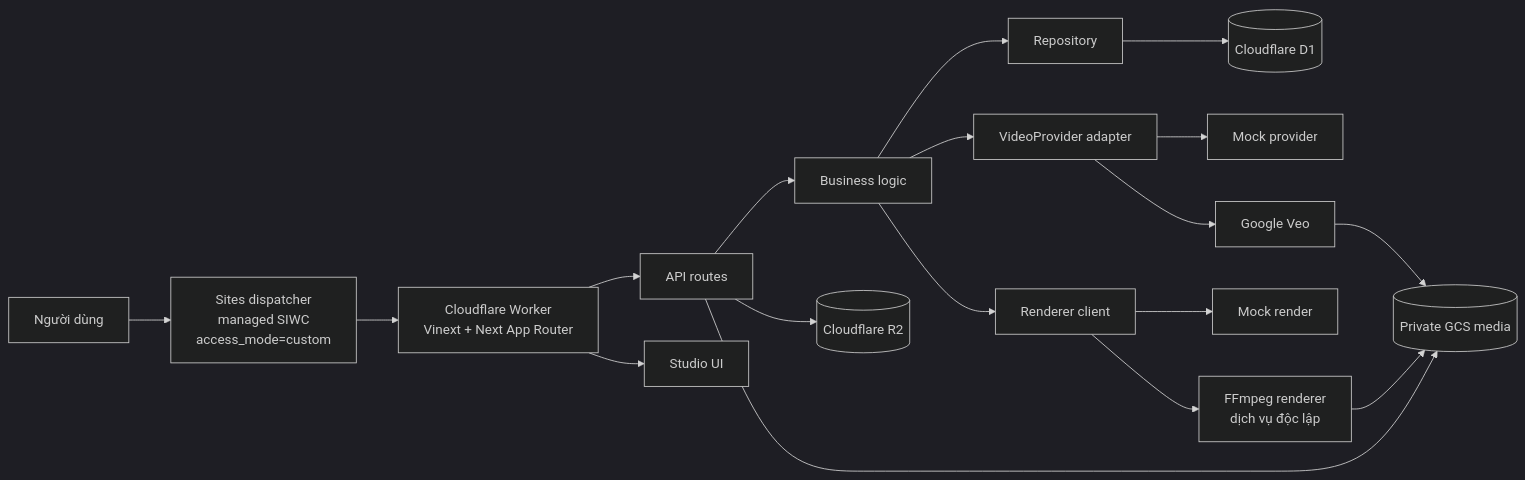
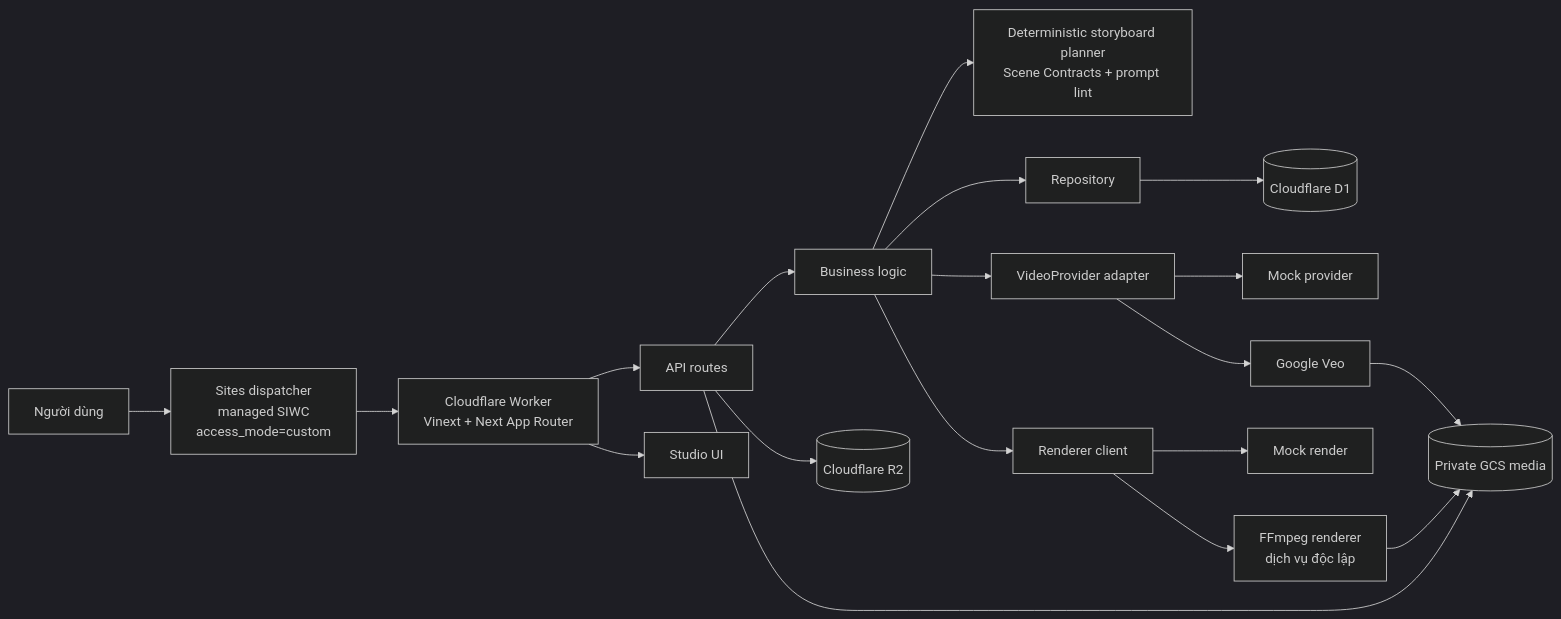
Before and after one commit to hieungrx/SceneFlow-AI-Studio: the first of 2 diagrams in ARCHITECTURE.md, drawn with Mermaid (dark theme). The commit also changed other lines of this file and 22 other files, not shown here.

Commit message:
feat(planning): add versioned scene contracts

````diff
--- a/ARCHITECTURE.md
+++ b/ARCHITECTURE.md
@@ -24,24 +25,25 @@
 ```mermaid
 flowchart LR
   U["Người dùng"] --> SD["Sites dispatcher<br/>managed SIWC<br/>access_mode=custom"]
   SD --> W["Cloudflare Worker<br/>Vinext + Next App Router"]
 
   W --> API["API routes"]
   W --> UI["Studio UI"]
   API --> BL["Business logic"]
+  BL --> PLAN["Deterministic storyboard planner<br/>Scene Contracts + prompt lint"]
   BL --> REPO["Repository"]
   REPO --> D1[("Cloudflare D1")]
   API --> R2[("Cloudflare R2")]
 
   BL --> VP["VideoProvider adapter"]
   VP --> MOCK["Mock provider"]
   VP --> VEO["Google Veo"]
   VEO --> GCS[("Private GCS media")]
 
   BL --> RC["Renderer client"]
   RC --> RM["Mock render"]
   RC --> FFMPEG["FFmpeg renderer<br/>dịch vụ độc lập"]
   FFMPEG --> GCS
 
   API --> GCS
 ```
````
